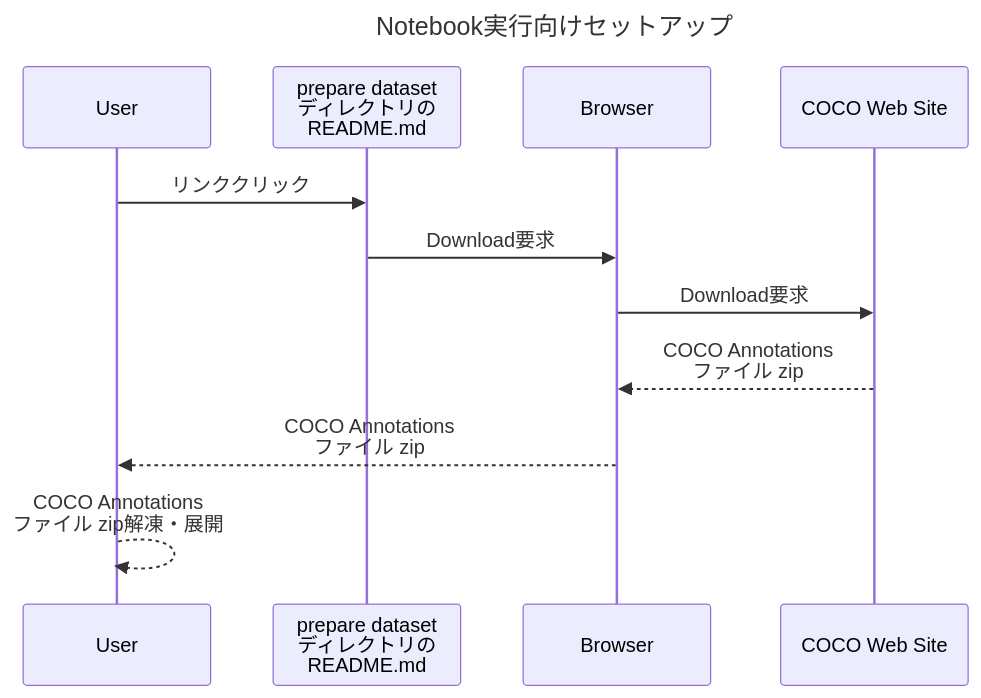
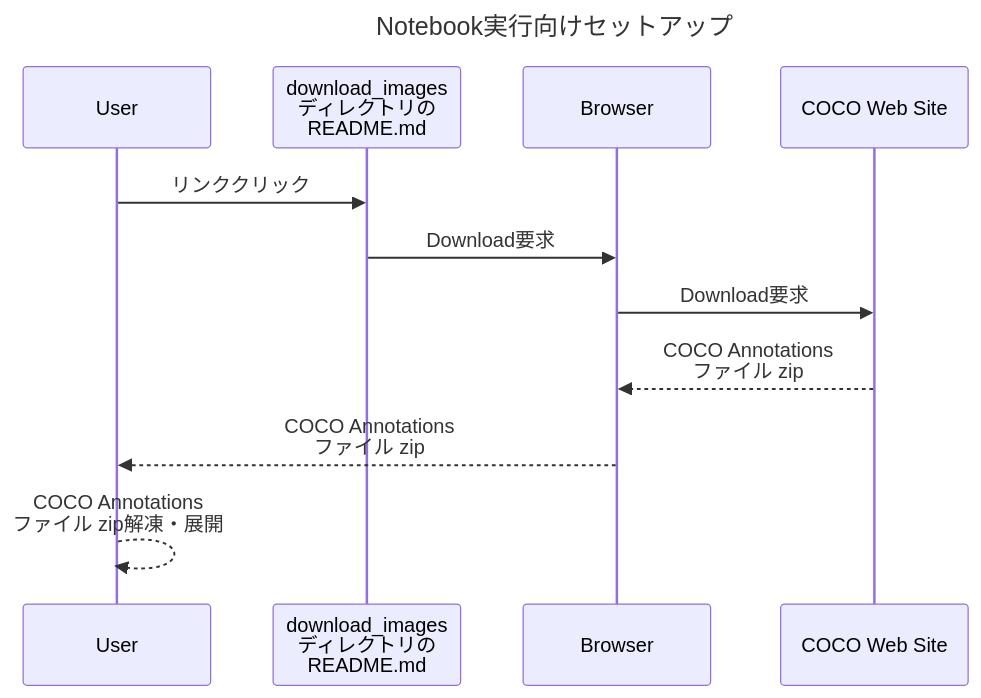
Before and after one commit to ZucchiniTang/aitrios-sdk-vision-sensing-app: the third of 3 diagrams in docs/development-docs/AsciiDoc/VisionandSensingApplicationSDK_FuncSpec_ImageDownload_ja.adoc, drawn with Mermaid. The commit also changed other lines of this file and 200 other files, not shown here.

```diff
--- a/docs/development-docs/AsciiDoc/VisionandSensingApplicationSDK_FuncSpec_ImageDownload_ja.adoc
+++ b/docs/development-docs/AsciiDoc/VisionandSensingApplicationSDK_FuncSpec_ImageDownload_ja.adoc
@@ -110,17 +113,17 @@
 [mermaid]
 ----
 %%{init:{'themeVariables':{'fontSize':'20px'}, 'themeCSS':'text.actor {font-size:18px !important;} .messageText {font-size:18px !important;}'}}%%
 sequenceDiagram
     Title Notebook実行向けセットアップ
     participant user as User
-    participant readme as prepare dataset<br/>ディレクトリの<br/>README.md
+    participant readme as download_images<br/>ディレクトリの<br/>README.md
     participant browser as Browser
     participant coco as COCO Web Site
 
     user->>readme: リンククリック
     readme->>browser: Download要求
     browser->>coco: Download要求
     coco-->>browser: COCO Annotations<br/>ファイル zip
     browser-->>user: COCO Annotations<br/>ファイル zip
     user-->>user: COCO Annotations<br/>ファイル zip解凍・展開
 ----
```
